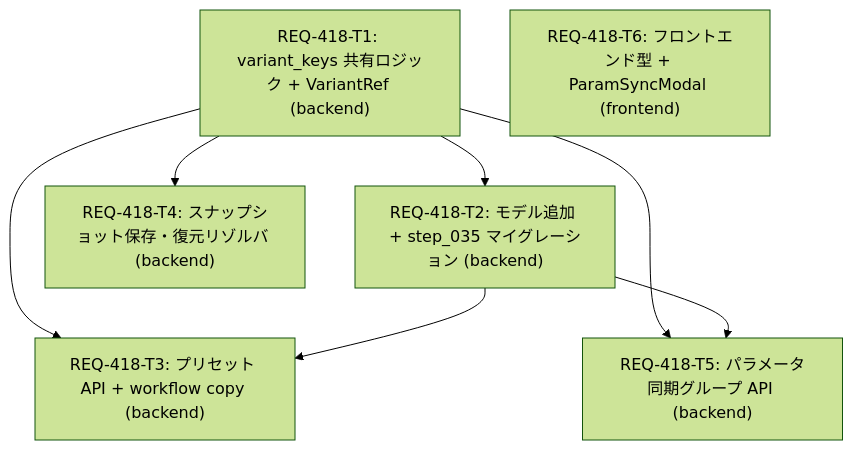
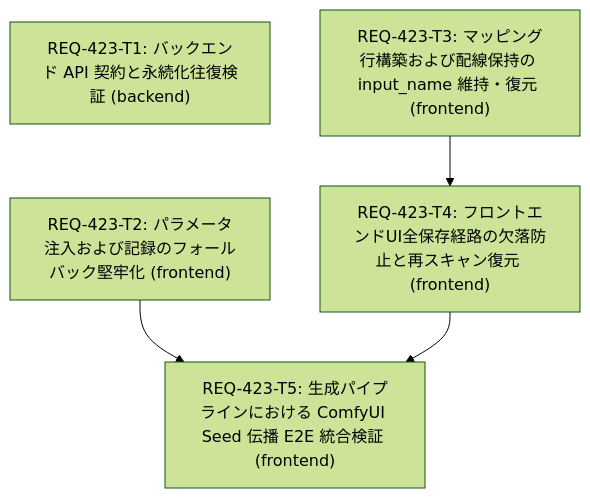
The diagram in implementation_plan.md (TAKE4548/comfy-create-helper2), drawn with Mermaid (forest theme) before and after one commit. The commit also changed other lines of this file and 29 other files, not shown here.

Commit message:
feat(REQ-423): complete implementation and verification for seed propagation defect and regression test suite

````diff
--- a/implementation_plan.md
+++ b/implementation_plan.md
@@ -72,10 +79,12 @@
 ```mermaid
 graph TD
-  REQ-418-T1["REQ-418-T1: variant_keys 共有ロジック + VariantRef (backend)"] --> REQ-418-T2["REQ-418-T2: モデル追加 + step_035 マイグレーション (backend)"]
-  REQ-418-T1 --> REQ-418-T4["REQ-418-T4: スナップショット保存・復元リゾルバ (backend)"]
-  REQ-418-T1 --> REQ-418-T3["REQ-418-T3: プリセット API + workflow copy (backend)"]
-  REQ-418-T1 --> REQ-418-T5["REQ-418-T5: パラメータ同期グループ API (backend)"]
-  REQ-418-T2 --> REQ-418-T3
-  REQ-418-T2 --> REQ-418-T5
-  REQ-418-T6["REQ-418-T6: フロントエンド型 + ParamSyncModal (frontend)"]
+  REQ-423-T1["REQ-423-T1: バックエンド API 契約と永続化往復検証 (backend)"]
+  REQ-423-T2["REQ-423-T2: パラメータ注入および記録のフォールバック堅牢化 (frontend)"]
+  REQ-423-T3["REQ-423-T3: マッピング行構築および配線保持の input_name 維持・復元 (frontend)"]
+  REQ-423-T4["REQ-423-T4: フロントエンドUI全保存経路の欠落防止と再スキャン復元 (frontend)"]
+  REQ-423-T5["REQ-423-T5: 生成パイプラインにおける ComfyUI Seed 伝播 E2E 統合検証 (frontend)"]
+
+  REQ-423-T3 --> REQ-423-T4
+  REQ-423-T2 --> REQ-423-T5
+  REQ-423-T4 --> REQ-423-T5
 ```
````
